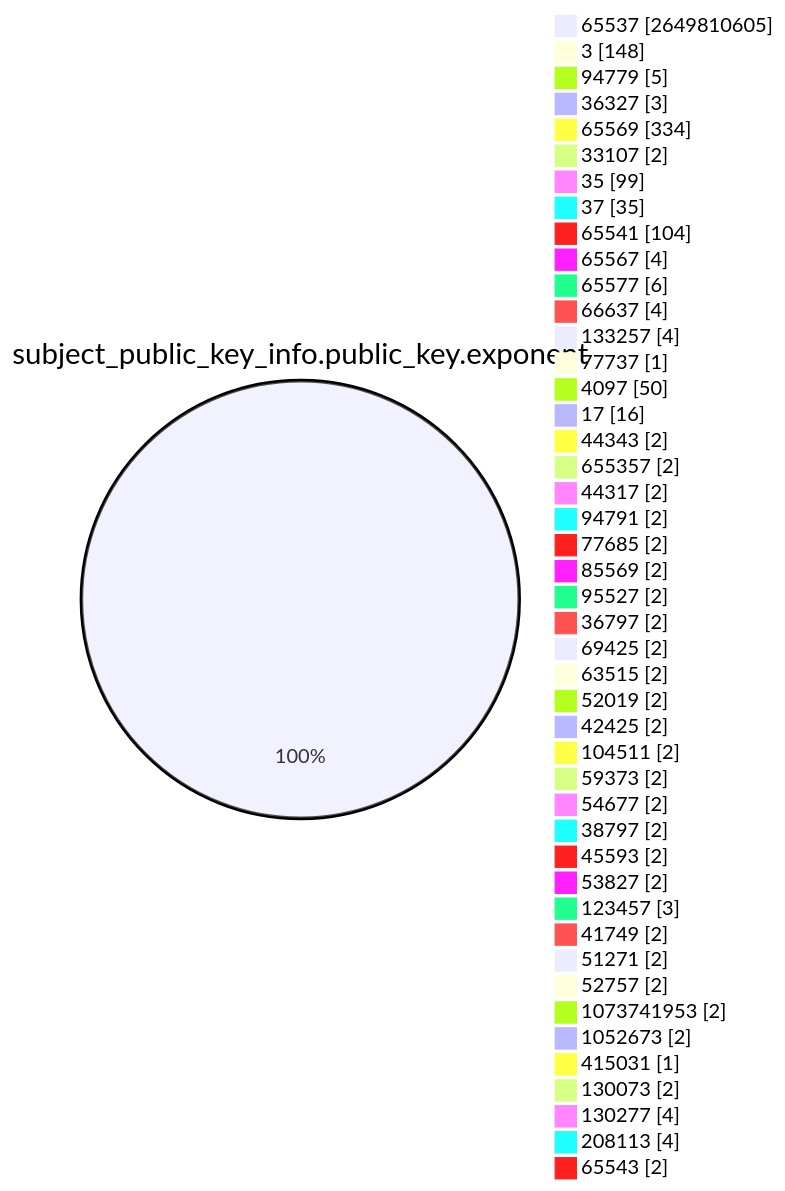
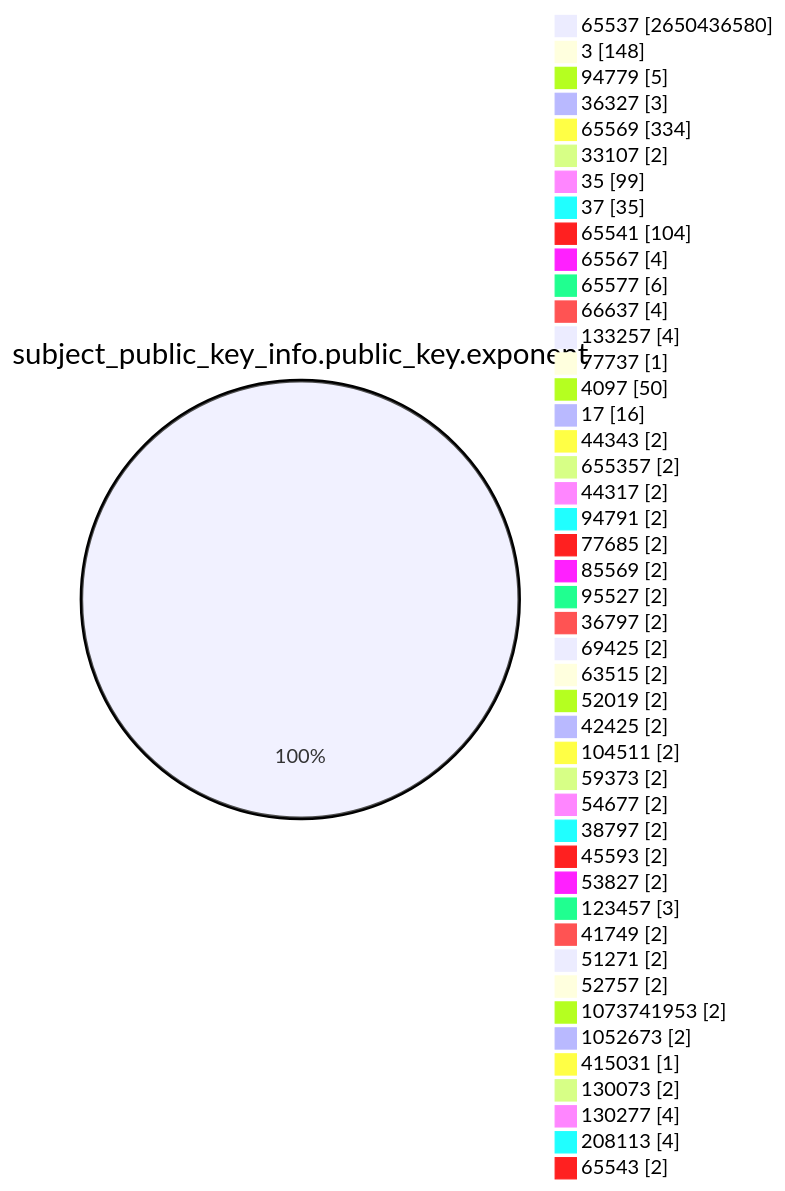
Before and after one commit to christiankrug/ctmonitor_visualization: the fourth of 15 diagrams in TOTAL/README.md, drawn with Mermaid. The commit also changed other lines of this file, not shown here.

````diff
--- a/TOTAL/README.md
+++ b/TOTAL/README.md
@@ -1466,49 +1466,49 @@
 ```mermaid
 pie showData
 title subject_public_key_info.public_key.exponent
-"65537" :2649810605
+"65537" :2650436580
 "3" :148
 "94779" :5
 "36327" :3
 "65569" :334
 "33107" :2
 "35" :99
 "37" :35
 "65541" :104
 "65567" :4
 "65577" :6
 "66637" :4
 "133257" :4
 "77737" :1
 "4097" :50
 "17" :16
 "44343" :2
 "655357" :2
 "44317" :2
 "94791" :2
 "77685" :2
 "85569" :2
 "95527" :2
 "36797" :2
 "69425" :2
 "63515" :2
 "52019" :2
 "42425" :2
 "104511" :2
 "59373" :2
 "54677" :2
 "38797" :2
 "45593" :2
 "53827" :2
 "123457" :3
 "41749" :2
 "51271" :2
 "52757" :2
 "1073741953" :2
 "1052673" :2
 "415031" :1
 "130073" :2
 "130277" :4
 "208113" :4
 "65543" :2
 ```
````
